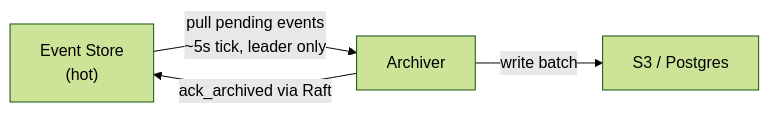
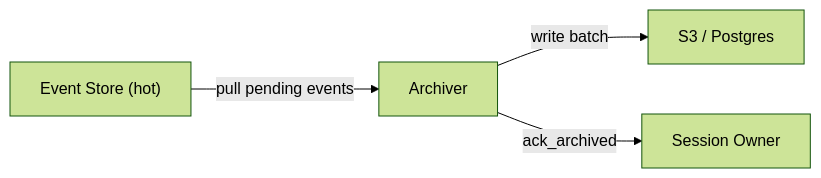
Before and after one commit to fastpaca/starcite: the second of 2 diagrams in docs/architecture.md, drawn with Mermaid (forest theme). The commit also changed other lines of this file and 12 other files, not shown here.

````diff
--- a/docs/architecture.md
+++ b/docs/architecture.md
@@ -133,6 +86,6 @@
 ```mermaid
 graph LR
-    ES["Event Store<br/>(hot)"] -- "pull pending events<br/>~5s tick, leader only" --> AR["Archiver"]
-    AR -- "write batch" --> AD["S3 / Postgres"]
-    AR -- "ack_archived via Raft" --> ES
+    E["Event Store (hot)"] -- "pull pending events" --> AR["Archiver"]
+    AR -- "write batch" --> S["S3 / Postgres"]
+    AR -- "ack_archived" --> O["Session Owner"]
 ```
````
